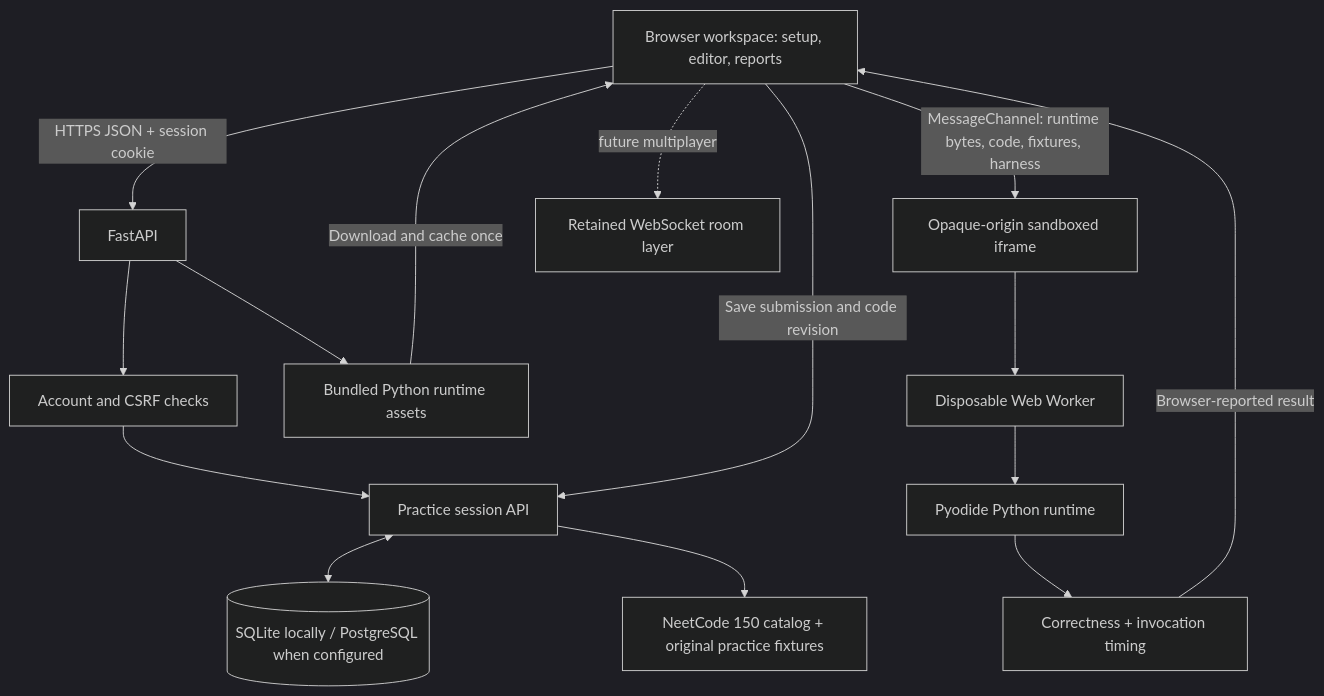
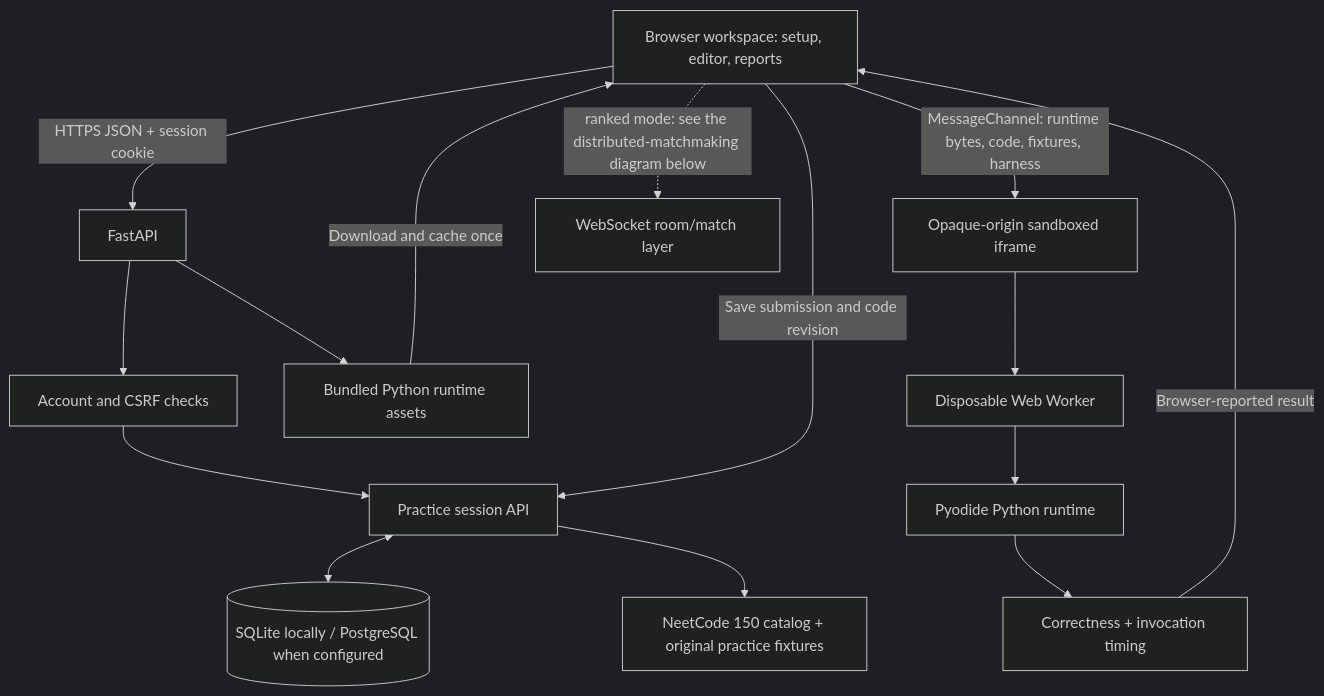
One commit to tylerkngyn/pair changed the first of 3 diagrams in docs/architecture.md. Above: the diagram before and after it, drawn with Mermaid (dark theme). The commit also changed other lines of this file, not shown here.

First line of the commit message:
Add a distributed-matchmaking diagram and update the stale multiplayer note

````diff
--- a/docs/architecture.md
+++ b/docs/architecture.md
@@ -15,17 +15,17 @@
 ```mermaid
 flowchart TB
     U[Browser workspace: setup, editor, reports] -->|HTTPS JSON + session cookie| F[FastAPI]
     F --> A[Account and CSRF checks]
     A --> S[Practice session API]
     S <--> D[(SQLite locally / PostgreSQL when configured)]
     S --> C[NeetCode 150 catalog + original practice fixtures]
     F --> R[Bundled Python runtime assets]
     R -->|Download and cache once| U
     U -->|MessageChannel: runtime bytes, code, fixtures, harness| I[Opaque-origin sandboxed iframe]
     I --> W[Disposable Web Worker]
     W --> P[Pyodide Python runtime]
     P --> T[Correctness + invocation timing]
     T -->|Browser-reported result| U
     U -->|Save submission and code revision| S
-    U -. future multiplayer .-> WS[Retained WebSocket room layer]
+    U -. ranked mode: see the distributed-matchmaking diagram below .-> WS[WebSocket room/match layer]
 ```
````
